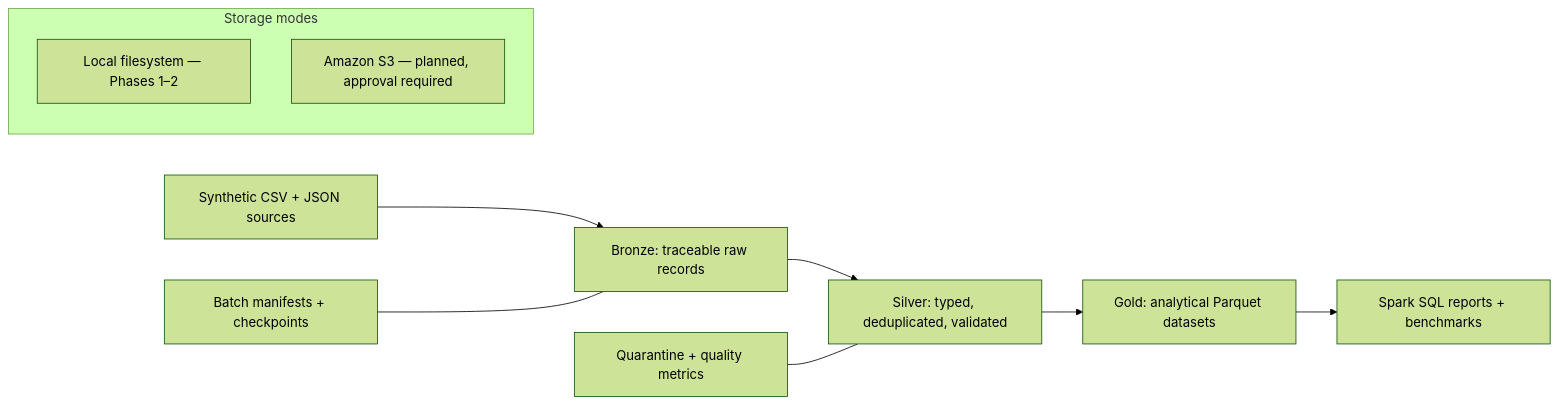
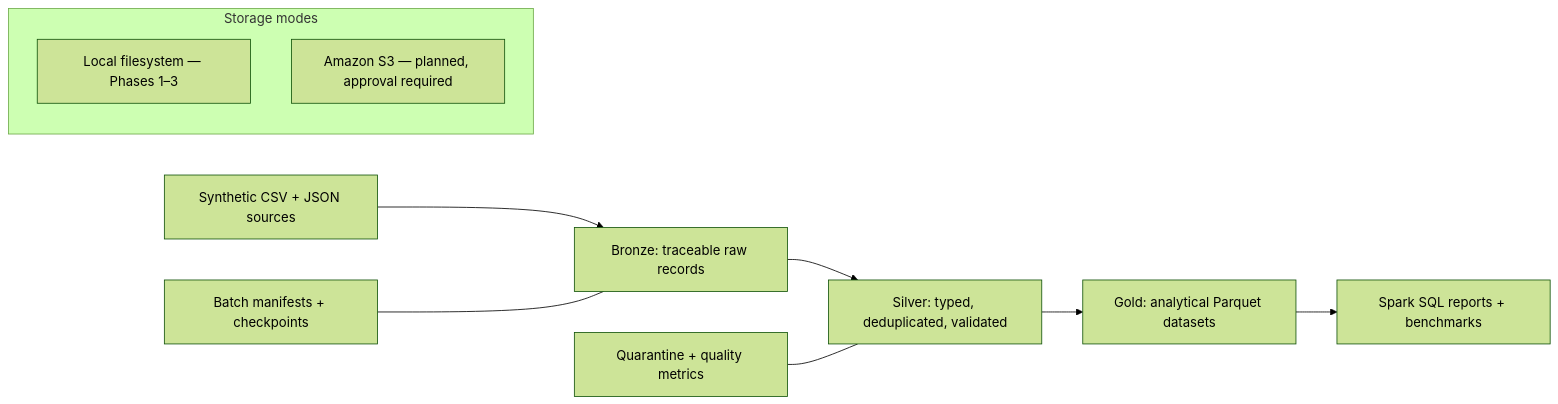
One commit to ZohairShakir/Distributed-E-Commerce-Analytics-Data-Lake changed the diagram in README.md. Above: the diagram before and after it, drawn with Mermaid (forest theme). The commit also changed other lines of this file and 11 other files, not shown here.

````diff
--- a/README.md
+++ b/README.md
@@ -13,14 +13,14 @@
 ```mermaid
 flowchart LR
     A["Synthetic CSV + JSON sources"] --> B["Bronze: traceable raw records"]
     B --> C["Silver: typed, deduplicated, validated"]
     C --> D["Gold: analytical Parquet datasets"]
     D --> E["Spark SQL reports + benchmarks"]
     Q["Quarantine + quality metrics"] --- C
     M["Batch manifests + checkpoints"] --- B
 
     subgraph Storage modes
-      L["Local filesystem — Phases 1–2"]
+      L["Local filesystem — Phases 1–3"]
       S["Amazon S3 — planned, approval required"]
     end
 ```
````
